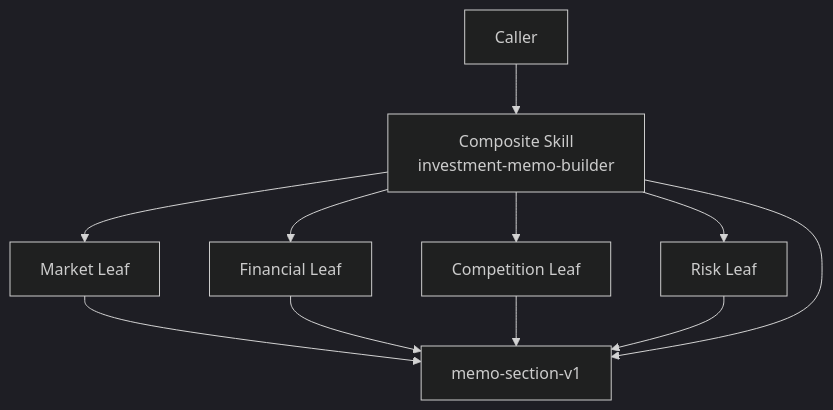
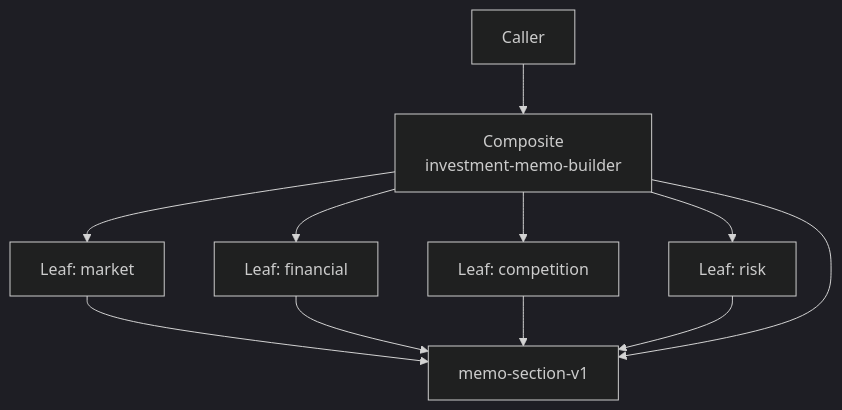
Before and after one commit to MetaInFLow/skillware-patterns: the diagram in patterns/composite/README.md, drawn with Mermaid (dark theme). The commit also changed other lines of this file and 12 other files, not shown here.

````diff
--- a/patterns/composite/README.md
+++ b/patterns/composite/README.md
@@ -32,13 +22,13 @@
 ```mermaid
 flowchart TB
-    C[Caller] --> R[Composite Skill\ninvestment-memo-builder]
-    R --> M[Market Leaf]
-    R --> F[Financial Leaf]
-    R --> X[Competition Leaf]
-    R --> K[Risk Leaf]
+    C[Caller] --> R[Composite\ninvestment-memo-builder]
+    R --> M[Leaf: market]
+    R --> F[Leaf: financial]
+    R --> X[Leaf: competition]
+    R --> K[Leaf: risk]
     M --> S[memo-section-v1]
     F --> S
     X --> S
     K --> S
     R --> S
 ```
````
